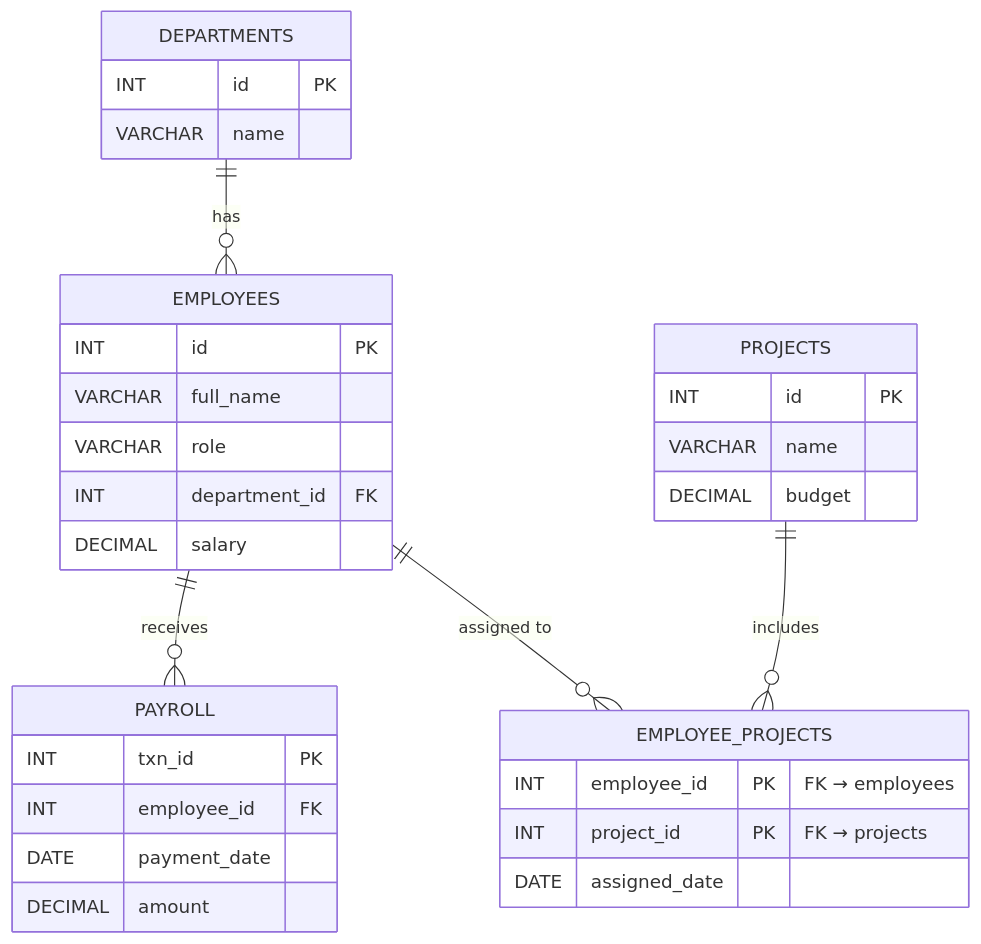
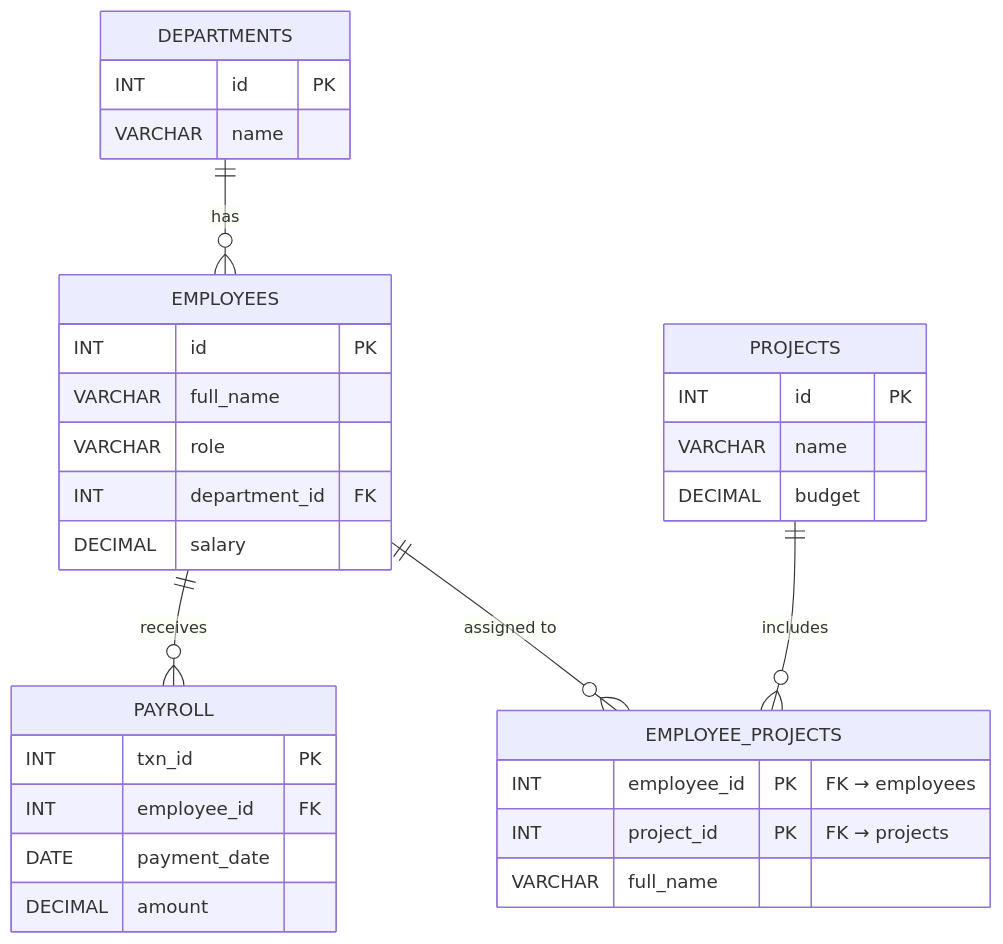
Before and after one commit to devrajs144/cse250-hr-mgmt: the diagram in README.md, drawn with Mermaid.

````diff
--- a/README.md
+++ b/README.md
@@ -39,39 +39,39 @@
 ```mermaid
 erDiagram
     DEPARTMENTS {
         INT    id   PK
         VARCHAR name
     }
 
     EMPLOYEES {
         INT     id            PK
         VARCHAR full_name
         VARCHAR role
         INT     department_id FK
         DECIMAL salary
     }
 
     PROJECTS {
         INT     id     PK
         VARCHAR name
         DECIMAL budget
     }
 
     EMPLOYEE_PROJECTS {
         INT  employee_id PK "FK → employees"
         INT  project_id  PK "FK → projects"
-        DATE assigned_date
+        VARCHAR full_name
     }
 
     PAYROLL {
         INT     txn_id       PK
         INT     employee_id  FK
         DATE    payment_date
         DECIMAL amount
     }
 
     DEPARTMENTS      ||--o{ EMPLOYEES         : "has"
     EMPLOYEES        ||--o{ PAYROLL           : "receives"
     EMPLOYEES        ||--o{ EMPLOYEE_PROJECTS : "assigned to"
     PROJECTS         ||--o{ EMPLOYEE_PROJECTS : "includes"
 ```
````
